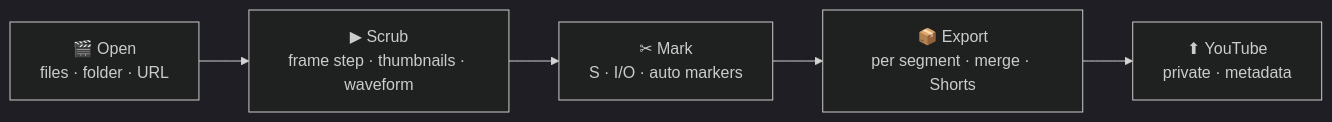
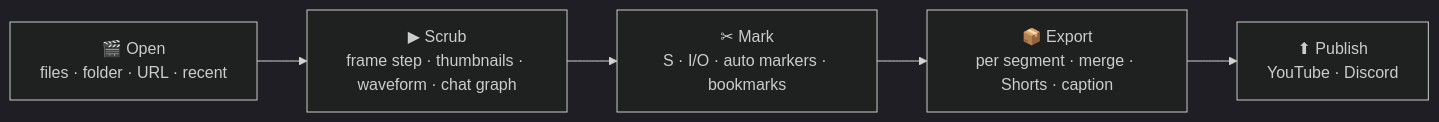
The first of 2 diagrams in README.en.md (vtubeadmirer/clipslicer), drawn with Mermaid (dark theme) before and after one commit. The commit also changed other lines of this file and 36 other files, not shown here.

````diff
--- a/README.en.md
+++ b/README.en.md
@@ -16,7 +17,7 @@
 ```mermaid
 flowchart LR
-    A["🎬 Open<br/>files · folder · URL"] --> B["▶ Scrub<br/>frame step · thumbnails · waveform"]
-    B --> C["✂ Mark<br/>S · I/O · auto markers"]
-    C --> D["📦 Export<br/>per segment · merge · Shorts"]
-    D --> E["⬆ YouTube<br/>private · metadata"]
+    A["🎬 Open<br/>files · folder · URL · recent"] --> B["▶ Scrub<br/>frame step · thumbnails · waveform · chat graph"]
+    B --> C["✂ Mark<br/>S · I/O · auto markers · bookmarks"]
+    C --> D["📦 Export<br/>per segment · merge · Shorts · caption"]
+    D --> E["⬆ Publish<br/>YouTube · Discord"]
 ```
````
